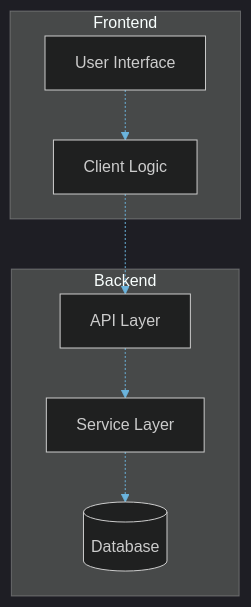
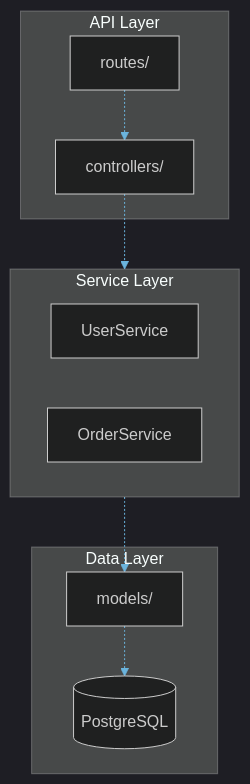
Before and after one commit to aj-geddes/useful-ai-prompts: the first of 2 diagrams in prompts/project-management/repo-documentation.md, drawn with Mermaid. The commit also changed other lines of this file and 488 other files, not shown here.

````diff
--- a/prompts/project-management/repo-documentation.md
+++ b/prompts/project-management/repo-documentation.md
@@ -38,26 +114,29 @@
-     ```mermaid
-     %%{init: {
-       'theme': 'dark',
-       'themeVariables': {
-         'fontFamily': 'monospace',
-         'primaryBorderColor': '#6BB4DD',
-         'primaryColor': '#2D3A4D',
-         'primaryTextColor': '#fff',
-         'lineColor': '#6BB4DD'
-       }
-     }}%%
-     flowchart TD
-       subgraph FE["Frontend"]
-         UI["User Interface"]
-         Logic["Client Logic"]
-       end
-       subgraph BE["Backend"]
-         API["API Layer"]
-         Service["Service Layer"]
-         DB[("Database")]
-       end
-       UI -.-> Logic
-       Logic -.-> API
-       API -.-> Service
-       Service -.-> DB
-     ```
+```mermaid
+%%{init: {
+  'theme': 'dark',
+  'themeVariables': {
+    'fontFamily': 'monospace',
+    'primaryBorderColor': '#6BB4DD',
+    'primaryColor': '#2D3A4D',
+    'primaryTextColor': '#fff',
+    'lineColor': '#6BB4DD'
+  }
+}}%%
+flowchart TD
+  subgraph API["API Layer"]
+    Routes["routes/"]
+    Controllers["controllers/"]
+  end
+  subgraph Service["Service Layer"]
+    UserService["UserService"]
+    OrderService["OrderService"]
+  end
+  subgraph Data["Data Layer"]
+    Models["models/"]
+    DB[("PostgreSQL")]
+  end
+  Routes -.-> Controllers
+  Controllers -.-> Service
+  Service -.-> Models
+  Models -.-> DB
+```
````
